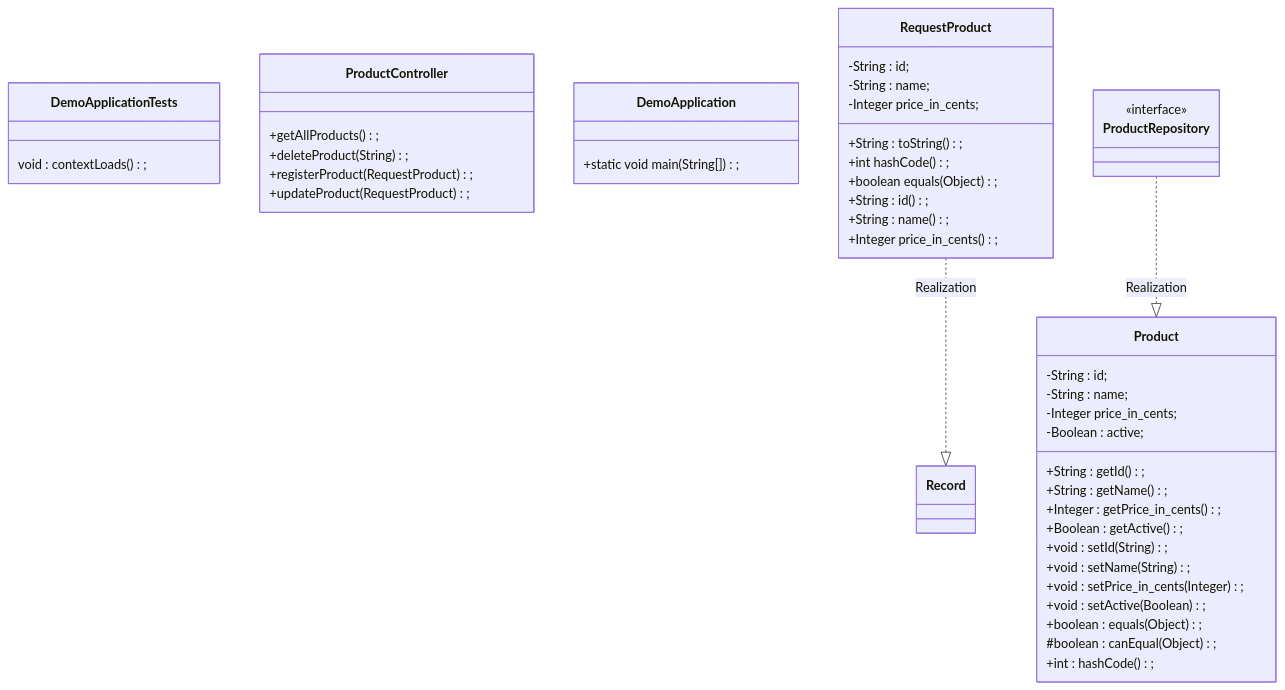
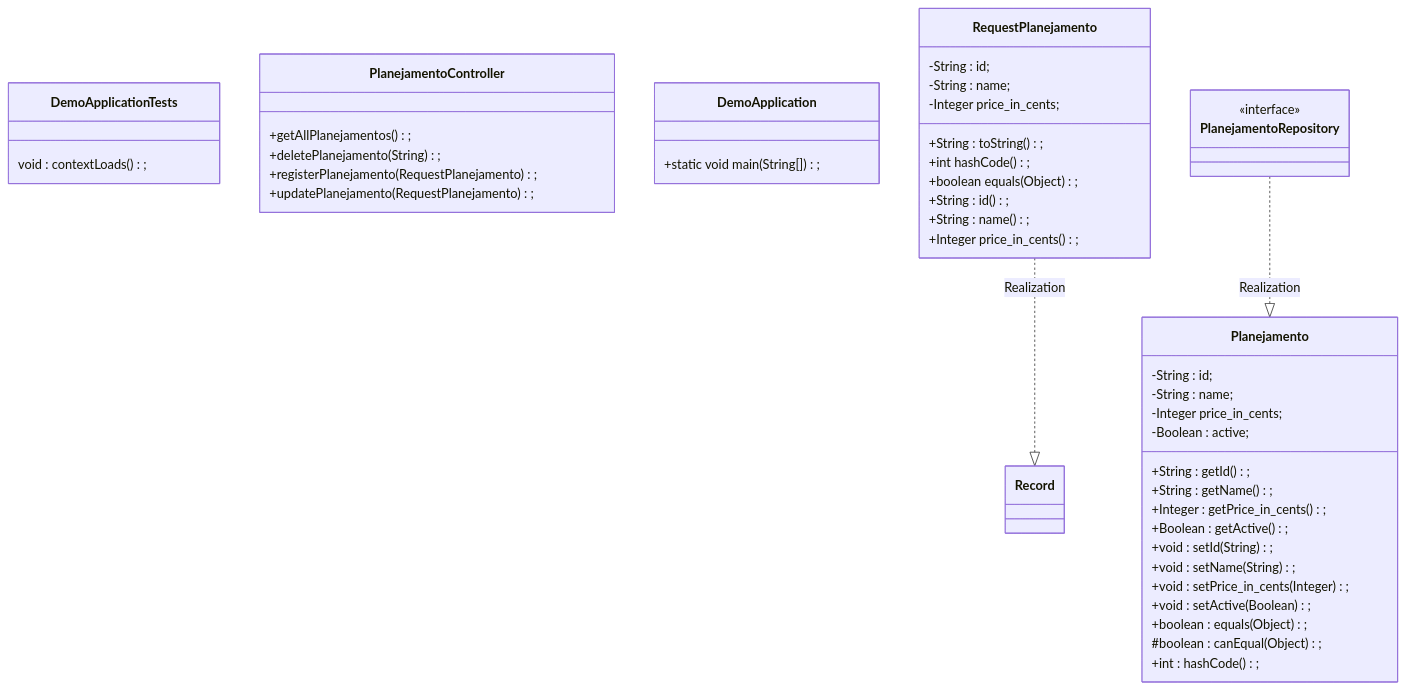
Before and after one commit to renatonunes74/foodminder: the first of 2 diagrams in README.md, drawn with Mermaid. The commit also changed other lines of this file and 7 other files, not shown here.

````diff
--- a/README.md
+++ b/README.md
@@ -82,48 +82,48 @@
 ```mermaid
 classDiagram
 class DemoApplicationTests {
   void : contextLoads();
 }
-class ProductController {
-  +getAllProducts();
-  +deleteProduct(String);
-  +registerProduct(RequestProduct);
-  +updateProduct(RequestProduct);
+class PlanejamentoController {
+  +getAllPlanejamentos();
+  +deletePlanejamento(String);
+  +registerPlanejamento(RequestPlanejamento);
+  +updatePlanejamento(RequestPlanejamento);
 }
 class DemoApplication {
   +static void main(String[]);
 }
-class Product {
+class Planejamento {
   -String : id;
   -String : name;
   -Integer price_in_cents;
   -Boolean : active;
   +String : getId();
   +String : getName();
   +Integer : getPrice_in_cents();
   +Boolean : getActive();
   +void : setId(String);
   +void : setName(String);
   +void : setPrice_in_cents(Integer);
   +void : setActive(Boolean);
   +boolean : equals(Object);
 #boolean : canEqual(Object);
   +int : hashCode();
 }
-class RequestProduct {
+class RequestPlanejamento {
     -String : id;
     -String : name;
     -Integer price_in_cents;
     +String : toString();
     +int hashCode();
     +boolean equals(Object);
     +String : id();
     +String : name();
     +Integer price_in_cents();
 }
-class ProductRepository {
+class PlanejamentoRepository {
     <<interface>>
 }
-ProductRepository ..|> Product : Realization
-RequestProduct ..|> Record : Realization
+PlanejamentoRepository ..|> Planejamento : Realization
+RequestPlanejamento ..|> Record : Realization
 ```
````
